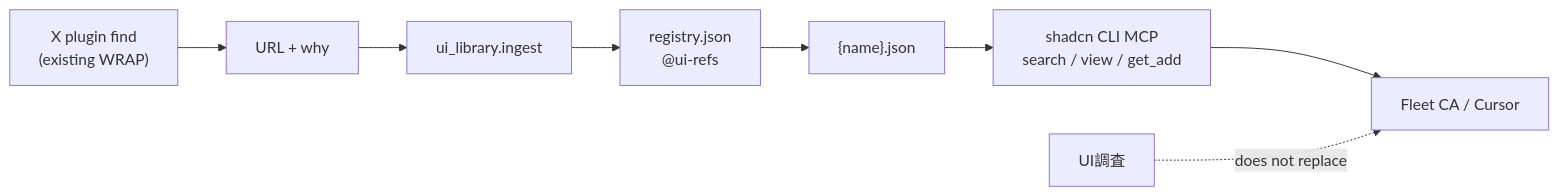
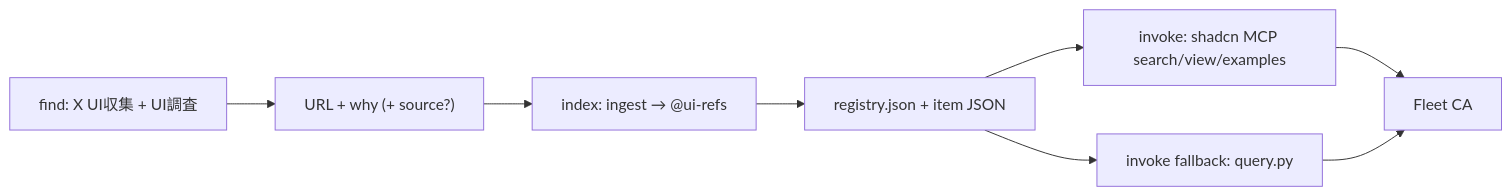
Before and after one commit to maplefukku/grok-bot-ops: the diagram in docs/process/ui-library-mcp.md, drawn with Mermaid. The commit also changed other lines of this file and 6 other files, not shown here.

First line of the commit message:
fix(ui-library): CBO SPEC — Buddy seed, ownership, shadcn plugin wire

````diff
--- a/docs/process/ui-library-mcp.md
+++ b/docs/process/ui-library-mcp.md
@@ -28,10 +68,10 @@
 ```mermaid
 flowchart LR
-  XFind["X plugin find\n(existing WRAP)"] --> Handoff["URL + why"]
-  Handoff --> Ingest["ui_library.ingest"]
-  Ingest --> JSON["registry.json\n@ui-refs"]
-  JSON --> PerItem["{name}.json"]
-  PerItem --> ShadcnMCP["shadcn CLI MCP\nsearch / view / get_add"]
-  ShadcnMCP --> CA["Fleet CA / Cursor"]
-  UIResearch["UI調査"] -.->|does not replace| CA
+  Find["find: X UI収集 + UI調査"] --> Handoff["URL + why (+ source?)"]
+  Handoff --> Index["index: ingest → @ui-refs"]
+  Index --> JSON["registry.json + item JSON"]
+  JSON --> MCP["invoke: shadcn MCP search/view/examples"]
+  JSON --> Fallback["invoke fallback: query.py"]
+  MCP --> CA["Fleet CA"]
+  Fallback --> CA
 ```
````
